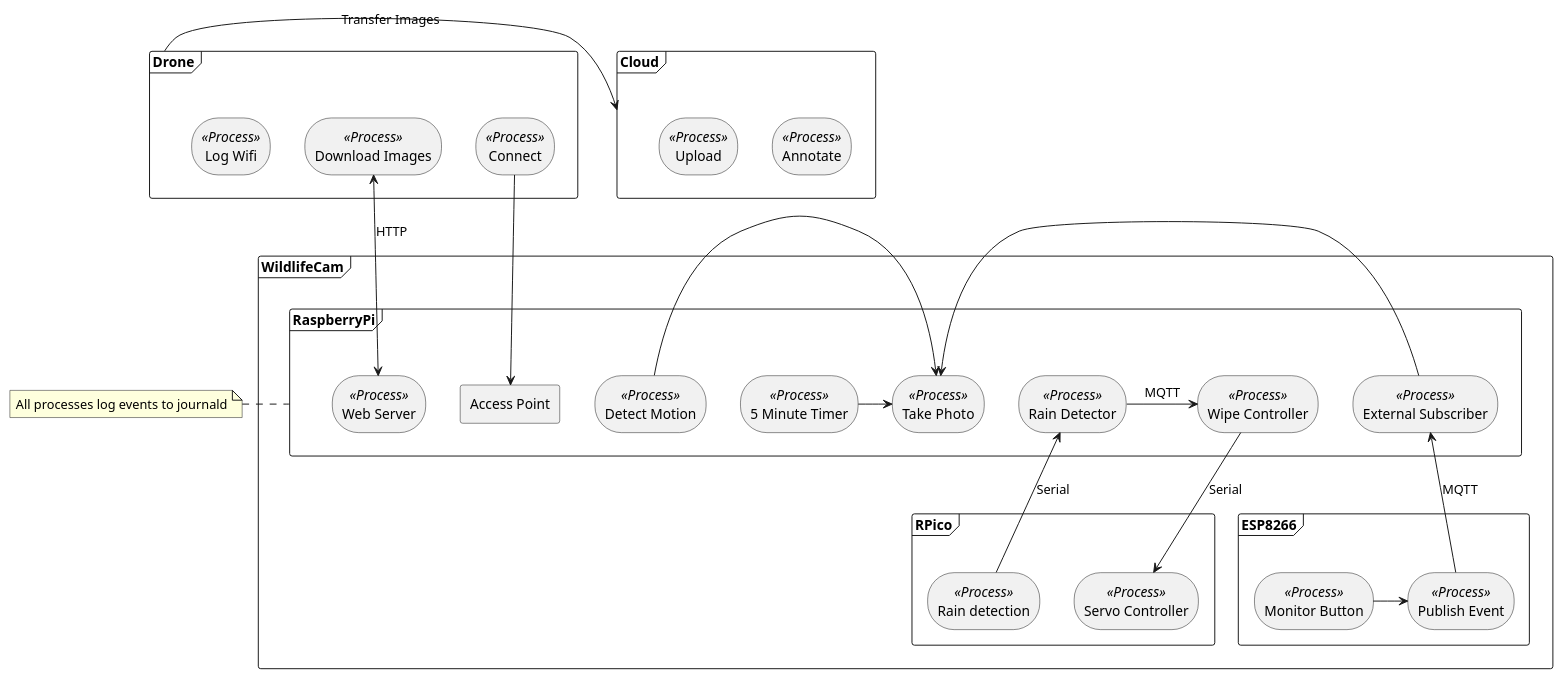
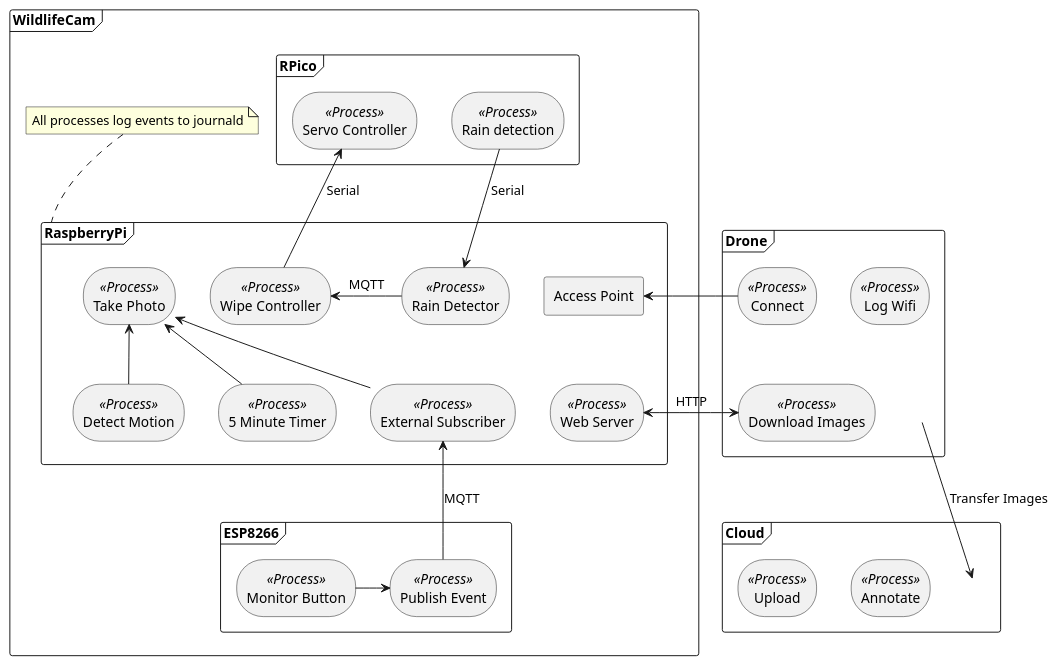
The diagram in diagrams/overview.wsd (AlexanderNorup/emli-wildlife-project), drawn with PlantUML before and after one commit.

Commit message:
Updated placement of items on overview diagram

```diff
--- a/diagrams/overview.wsd
+++ b/diagrams/overview.wsd
@@ -1,69 +1,81 @@
 @startuml
-
 
 skinparam rectangle {
     roundCorner<<Process>> 54
 }
 
-note "All processes log events to journald" as logNote
-
 frame WildlifeCam {
-  
 
   frame RaspberryPi {
     rectangle "Take Photo" <<Process>> as rpiPhoto
     rectangle "5 Minute Timer" <<Process>> as rpiTime
     rectangle "Detect Motion" <<Process>> as rpiMotion
     rectangle "External Subscriber" <<Process>> as rpiExternal
     rectangle "Rain Detector" <<Process>> as rpiRain
     rectangle "Wipe Controller" <<Process>> as rpiWipe
     rectangle "Access Point" as rpiAcc
     rectangle "Web Server" <<Process>> as rpiWeb
-    
   }
+  note top of RaspberryPi: All processes log events to journald
   
   frame ESP8266 {
     rectangle "Monitor Button" <<Process>> as espTrig
     rectangle "Publish Event" <<Process>> as espPublish
   }
   
   frame RPico {
     rectangle "Rain detection" <<Process>> as pcDetect
     rectangle "Servo Controller" <<Process>> as pcWipe
   }
+
 }
 
 frame Drone {
+  label " " as droneLabel
   rectangle "Connect" <<Process>> as dConnect
   rectangle "Download Images" <<Process>> as dSync
   rectangle "Log Wifi" <<Process>> as dLogWifi
 }
 
 frame Cloud {
+  label " " as cloudLabel
   rectangle "Annotate" <<Process>> as cAnn
   rectangle "Upload" <<Process>> as cUp
 }
 
-logNote .-right- RaspberryPi
 
+pcDetect -d-> rpiRain : Serial
+rpiRain -> rpiWipe : MQTT
+rpiWipe -u-> pcWipe : Serial
 
-pcDetect -up-> rpiRain : Serial
-rpiRain -> rpiWipe : MQTT
-rpiWipe -> pcWipe : Serial
-
-rpiTime -> rpiPhoto
-rpiMotion -> rpiPhoto
-rpiExternal -left-> rpiPhoto
+rpiTime -u-> rpiPhoto
+rpiMotion -u-> rpiPhoto
+rpiExternal -u-> rpiPhoto
 
 espTrig -> espPublish
-espPublish -up-> rpiExternal : MQTT
+espPublish -u-> rpiExternal : MQTT
 
-dConnect -down-> rpiAcc
+dConnect -> rpiAcc
 dSync <-> rpiWeb : HTTP
 
-Drone -> Cloud : "Transfer Images"
+droneLabel -d-> cloudLabel : "Transfer Images"
 
+'placement stuff'
 
+rpiMotion -[hidden]right-> rpiExternal
+rpiTime -[hidden]right-> rpiExternal
+
+rpiWeb -[hidden]r-> rpiTime
+rpiAcc -[hidden]d-> rpiWeb
+dSync -[hidden]u-> dConnect
+
+rpiAcc -[hidden]l-> rpiRain
+rpiAcc -[hidden]l-> rpiWipe
+rpiAcc -[hidden]l-> rpiPhoto
+
+cloudLabel -[hidden]l-> cAnn
+droneLabel -[hidden]u-> dLogWifi
+droneLabel -[hidden]l-> dSync
 
 
 @enduml
```
